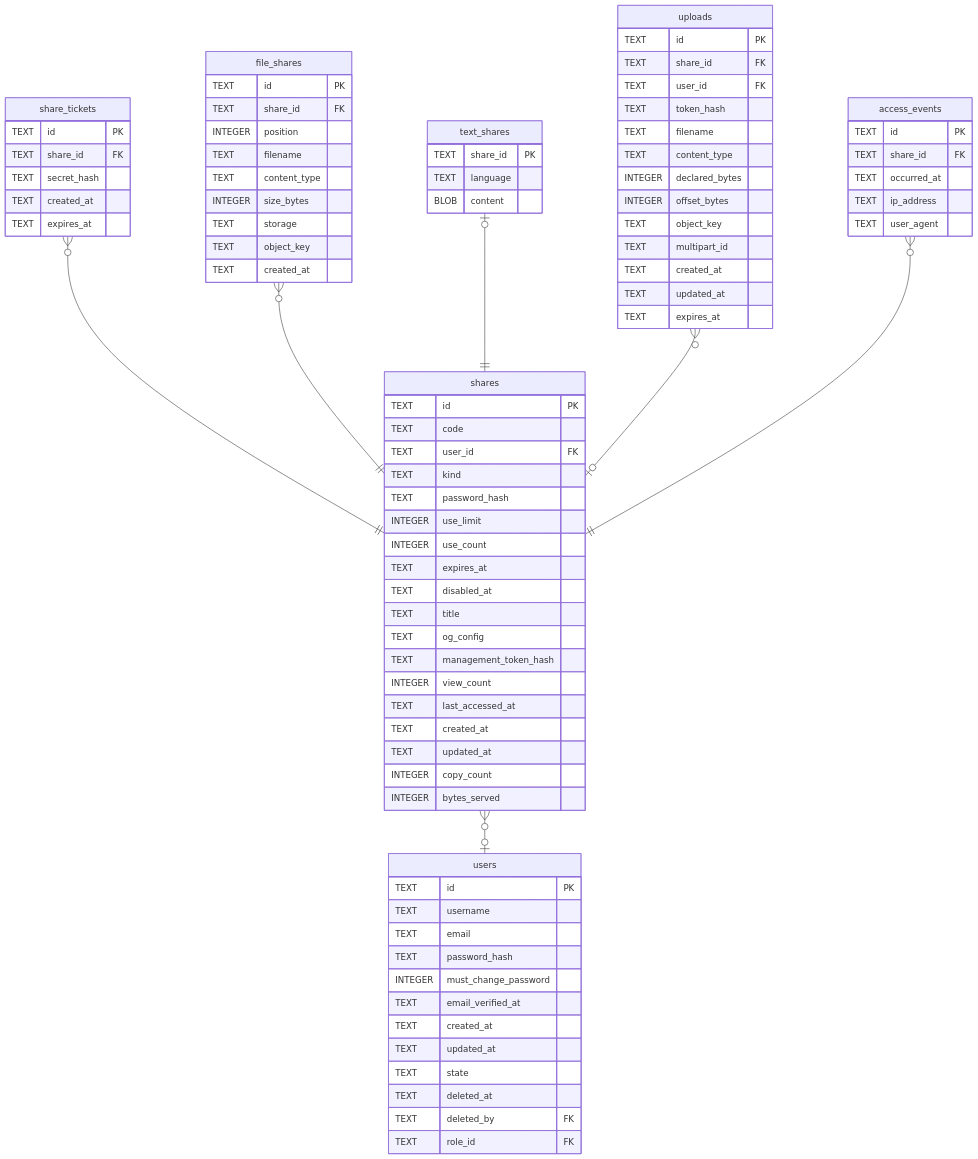
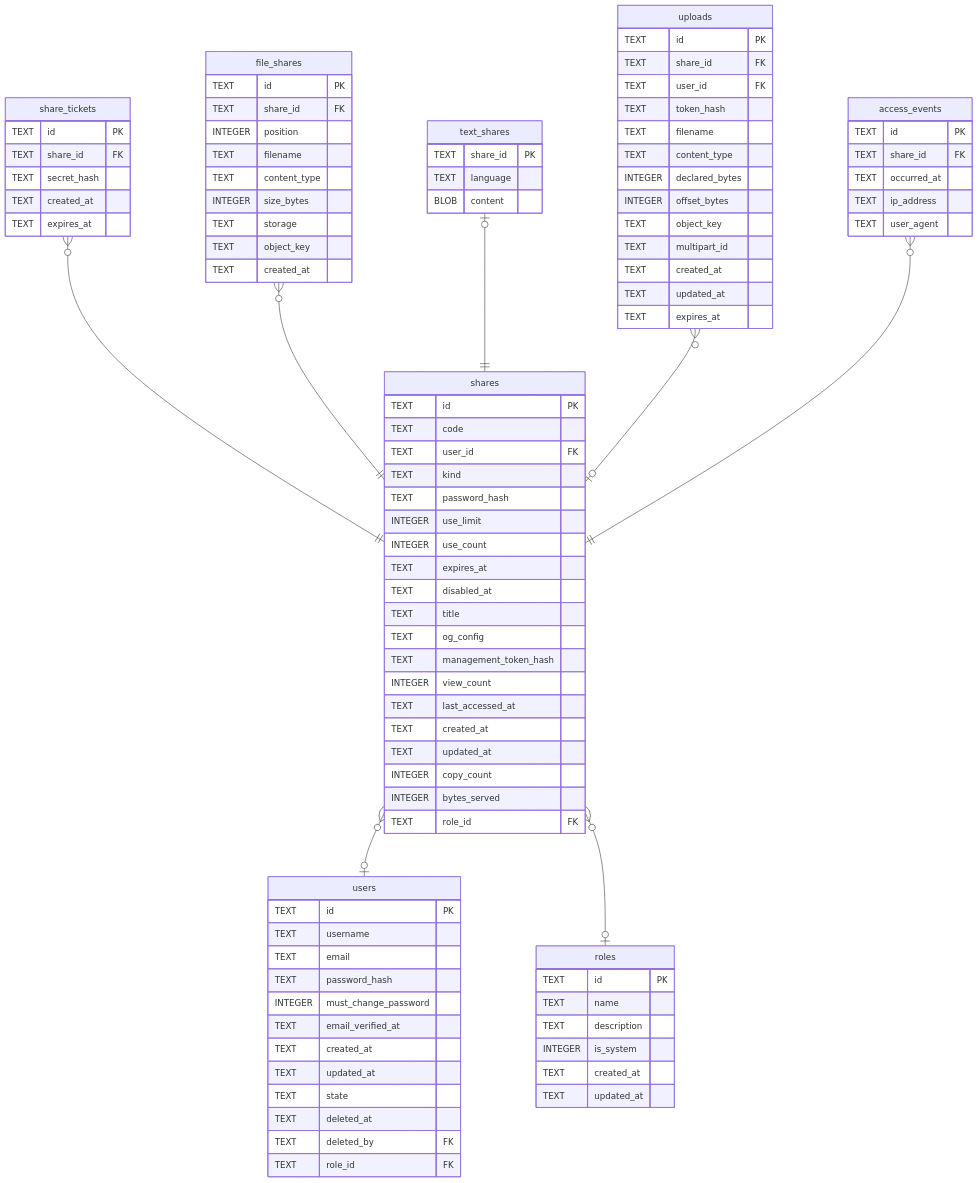
One commit to Limatura/tessera changed the diagram in docs/schema/shares.md. Above: the diagram before and after it, drawn with Mermaid. The commit also changed other lines of this file and 21 other files, not shown here.

````diff
--- a/docs/schema/shares.md
+++ b/docs/schema/shares.md
@@ -101,6 +104,7 @@
 "uploads" }o--o| "shares" : ""
 "access_events" }o--|| "shares" : ""
 "shares" }o--o| "users" : ""
+"shares" }o--o| "roles" : ""
 
 "shares" {
   TEXT id PK
@@ -121,6 +125,7 @@
   TEXT updated_at
   INTEGER copy_count
   INTEGER bytes_served
+  TEXT role_id FK
 }
 "share_tickets" {
   TEXT id PK
@@ -181,4 +186,12 @@
   TEXT deleted_by FK
   TEXT role_id FK
 }
+"roles" {
+  TEXT id PK
+  TEXT name
+  TEXT description
+  INTEGER is_system
+  TEXT created_at
+  TEXT updated_at
+}
 ```
````
